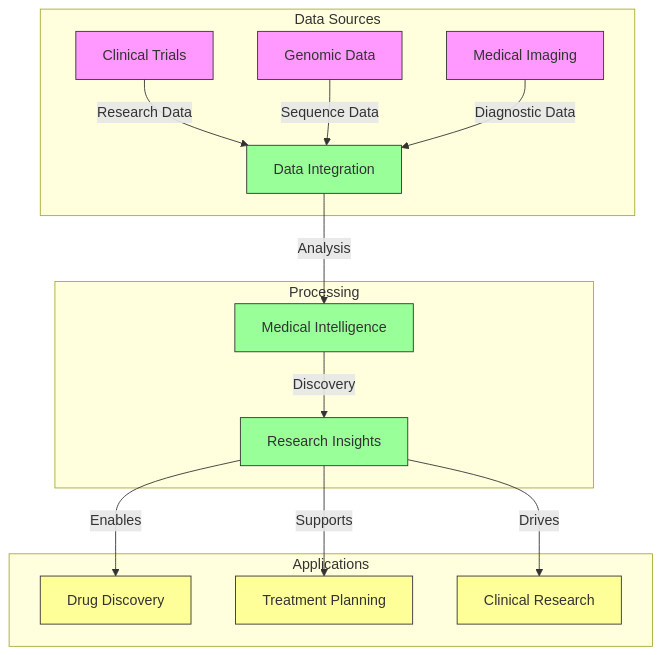
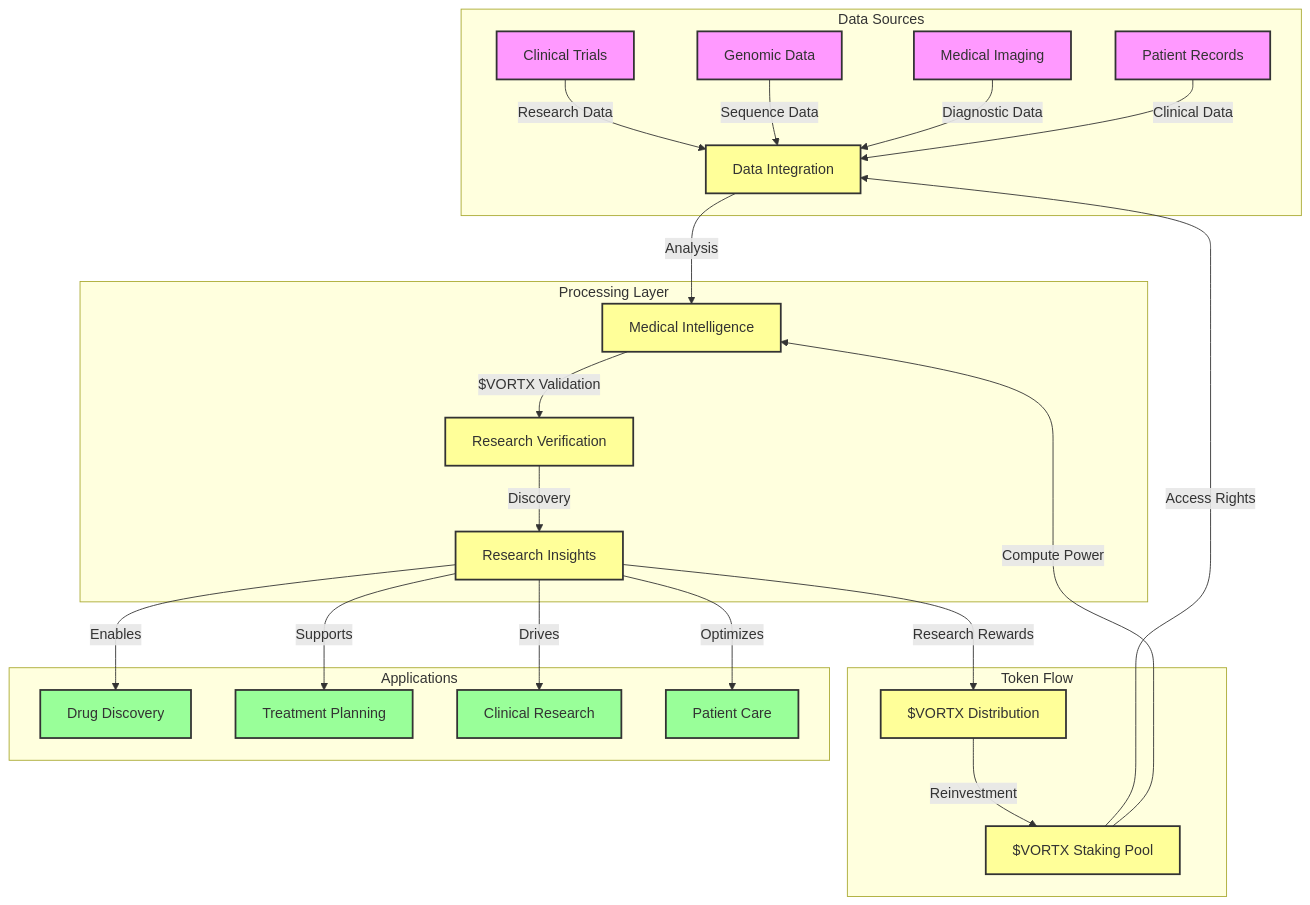
One commit to Vortx-AI/synthetic-satellite changed the second of 5 diagrams in docs/whitepapers/industry-scenarios.md. Above: the diagram before and after it, drawn with Mermaid. The commit also changed other lines of this file and 2 other files, not shown here.

````diff
--- a/docs/whitepapers/industry-scenarios.md
+++ b/docs/whitepapers/industry-scenarios.md
@@ -68,27 +80,39 @@
 ```mermaid
 graph TD
     subgraph Data Sources
-        D1[Clinical Trials] -->|Research Data| P1
+        D1[Clinical Trials] -->|Research Data| P1[Data Integration]
         D2[Genomic Data] -->|Sequence Data| P1
         D3[Medical Imaging] -->|Diagnostic Data| P1
+        D4[Patient Records] -->|Clinical Data| P1
     end
     
-    subgraph Processing
-        P1[Data Integration] -->|Analysis| P2[Medical Intelligence]
-        P2 -->|Discovery| P3[Research Insights]
+    subgraph Processing Layer
+        P1 -->|Analysis| P2[Medical Intelligence]
+        P2 -->|$VORTX Validation| P3[Research Verification]
+        P3 -->|Discovery| P4[Research Insights]
+    end
+    
+    subgraph Token Flow
+        T1[$VORTX Staking Pool] -->|Access Rights| P1
+        T1 -->|Compute Power| P2
+        P4 -->|Research Rewards| T2[$VORTX Distribution]
+        T2 -->|Reinvestment| T1
     end
     
     subgraph Applications
-        P3 -->|Enables| A1[Drug Discovery]
-        P3 -->|Supports| A2[Treatment Planning]
-        P3 -->|Drives| A3[Clinical Research]
+        P4 -->|Enables| A1[Drug Discovery]
+        P4 -->|Supports| A2[Treatment Planning]
+        P4 -->|Drives| A3[Clinical Research]
+        P4 -->|Optimizes| A4[Patient Care]
     end
     
-    classDef source fill:#f9f,stroke:#333
-    classDef process fill:#9f9,stroke:#333
-    classDef app fill:#ff9,stroke:#333
+    classDef source fill:#f9f,stroke:#333,stroke-width:2px
+    classDef process fill:#ff9,stroke:#333,stroke-width:2px
+    classDef token fill:#ff9,stroke:#333,stroke-width:2px
+    classDef app fill:#9f9,stroke:#333,stroke-width:2px
     
-    class D1,D2,D3 source
-    class P1,P2,P3 process
-    class A1,A2,A3 app
+    class D1,D2,D3,D4 source
+    class P1,P2,P3,P4 process
+    class T1,T2 token
+    class A1,A2,A3,A4 app
 ```
````
